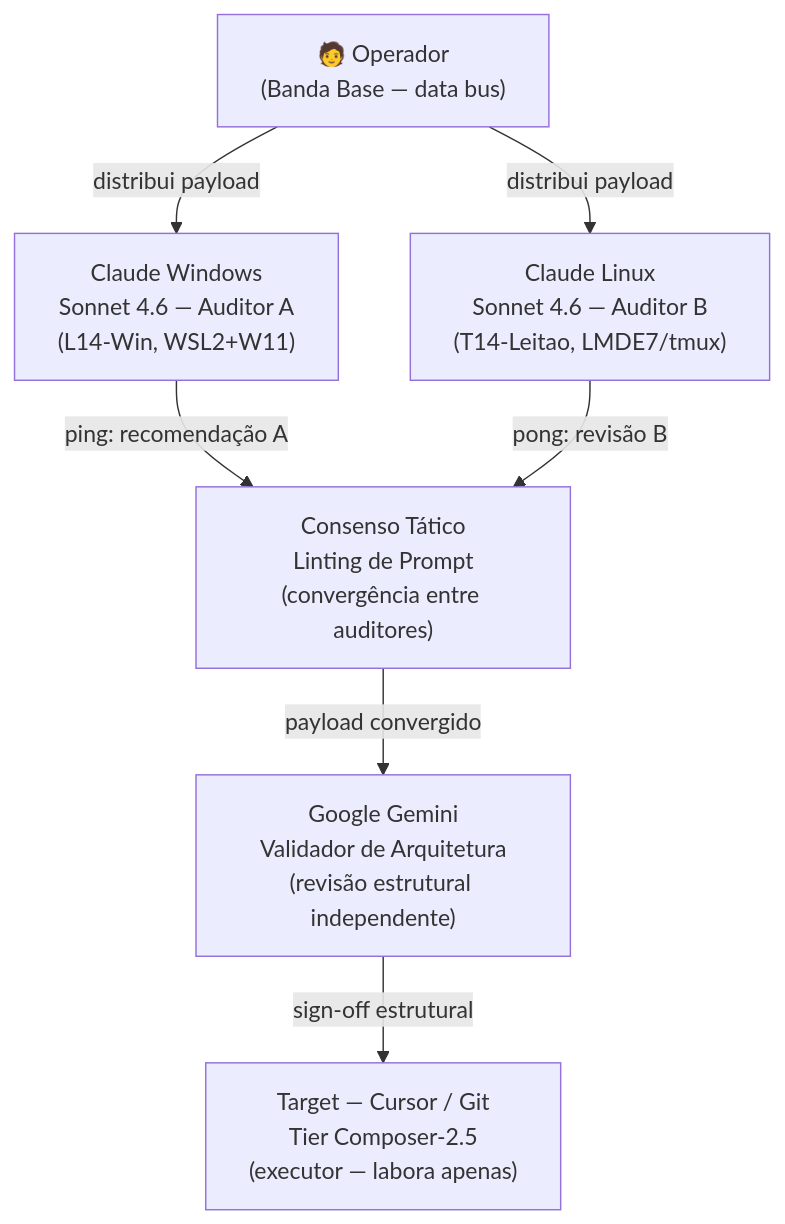
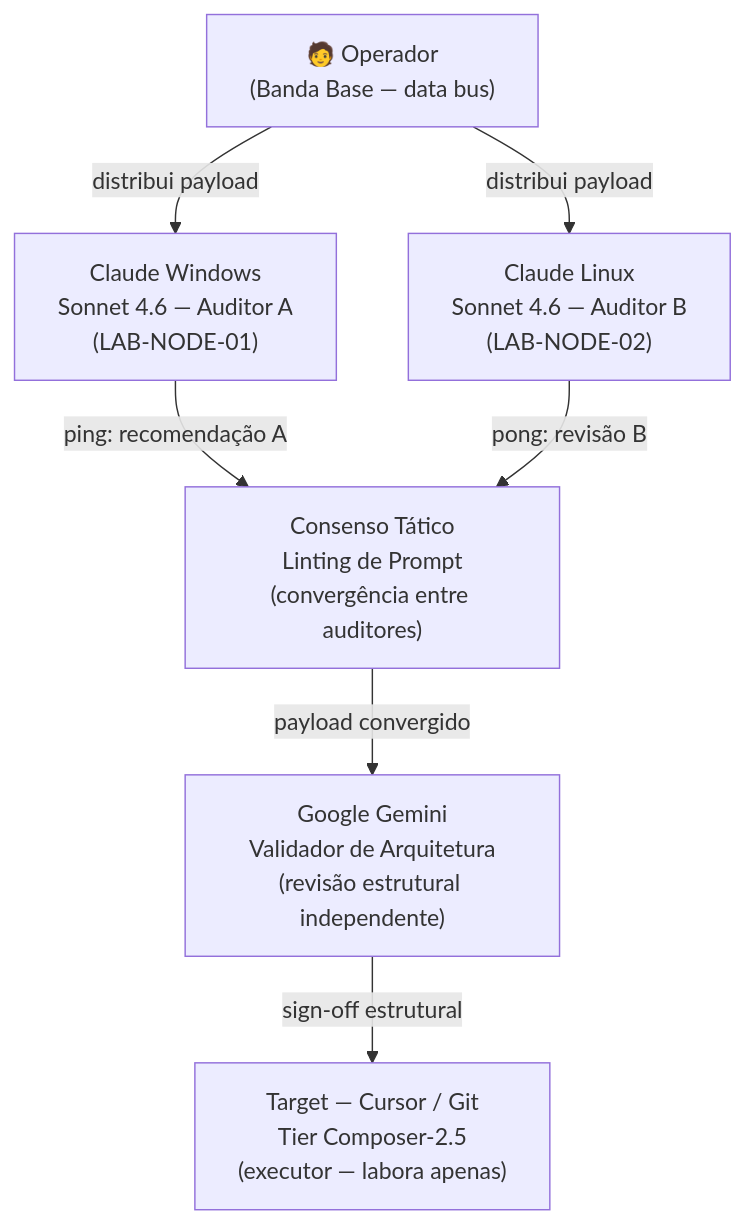
One commit to DataBoar/data-boar changed the diagram in docs/adr/ADR-0062-agent-containment-triple-audit-offband-pingpong.md. Above: the diagram before and after it, drawn with Mermaid.

Commit message:
fix(adr): replace workstation codenames with LAB-NODE aliases in ADR-0062

````diff
--- a/docs/adr/ADR-0062-agent-containment-triple-audit-offband-pingpong.md
+++ b/docs/adr/ADR-0062-agent-containment-triple-audit-offband-pingpong.md
@@ -14,16 +14,16 @@
 ```mermaid
 flowchart TD
     OP["🧑 Operador\n(Banda Base — data bus)"]
-    CW["Claude Windows\nSonnet 4.6 — Auditor A\n(L14-Win, WSL2+W11)"]
-    CL["Claude Linux\nSonnet 4.6 — Auditor B\n(T14-Leitao, LMDE7/tmux)"]
+    CW["Claude Windows\nSonnet 4.6 — Auditor A\n(LAB-NODE-01)"]
+    CL["Claude Linux\nSonnet 4.6 — Auditor B\n(LAB-NODE-02)"]
     CT["Consenso Tático\nLinting de Prompt\n(convergência entre auditores)"]
     GG["Google Gemini\nValidador de Arquitetura\n(revisão estrutural independente)"]
     TG["Target — Cursor / Git\nTier Composer-2.5\n(executor — labora apenas)"]
 
     OP -->|"distribui payload"| CW
     OP -->|"distribui payload"| CL
     CW -->|"ping: recomendação A"| CT
     CL -->|"pong: revisão B"| CT
     CT -->|"payload convergido"| GG
     GG -->|"sign-off estrutural"| TG
 ```
````
